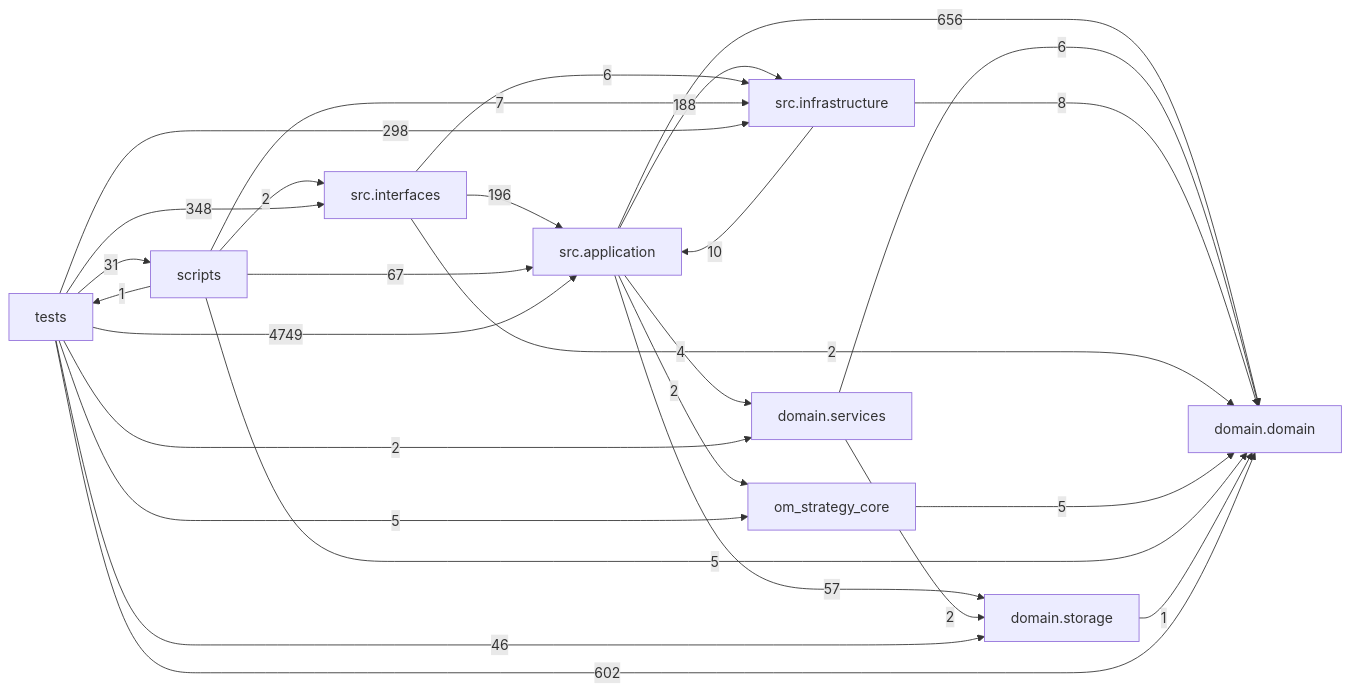
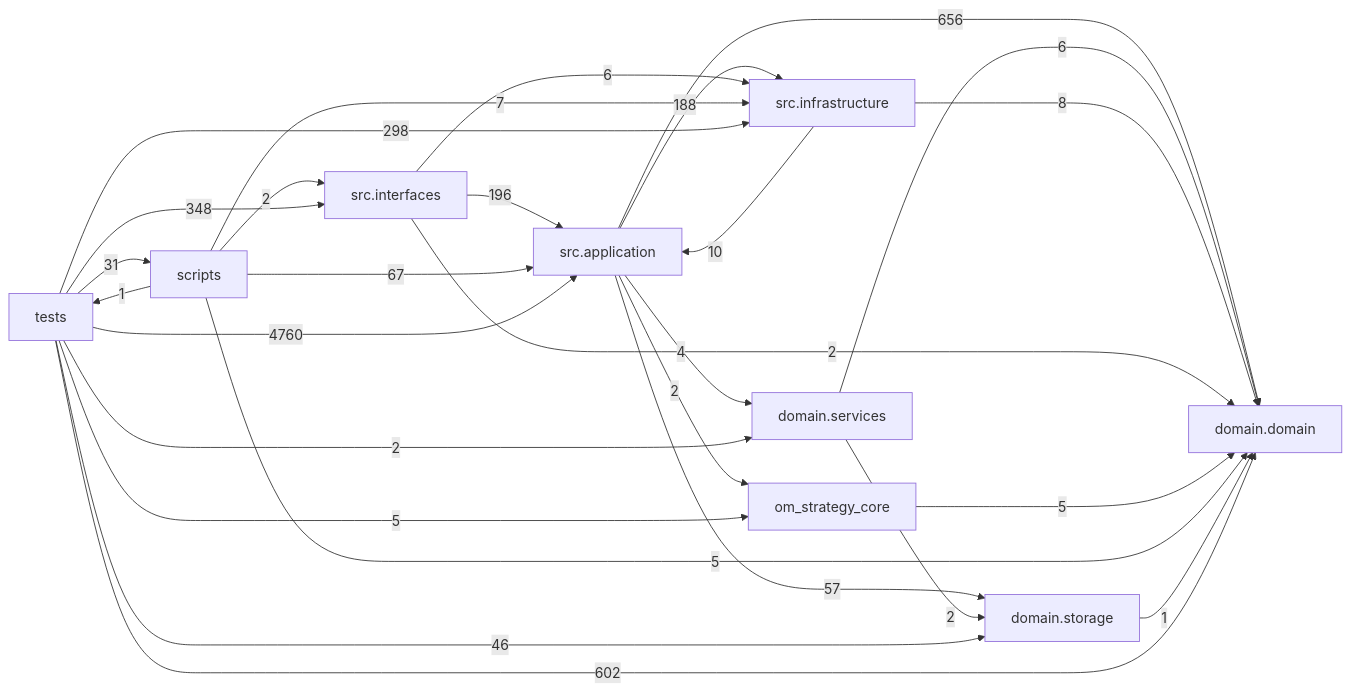
One commit to liuxie066/options-monitor changed the diagram in docs/DEPENDENCY_GRAPH.md. Above: the diagram before and after it, drawn with Mermaid. The commit also changed other lines of this file and 3 other files, not shown here.

````diff
--- a/docs/DEPENDENCY_GRAPH.md
+++ b/docs/DEPENDENCY_GRAPH.md
@@ -24,38 +24,38 @@
 ```mermaid
 flowchart LR
   tests["tests"]
   scripts["scripts"]
   interfaces["src.interfaces"]
   application["src.application"]
   infrastructure["src.infrastructure"]
   domain_services["domain.services"]
   domain["domain.domain"]
   storage["domain.storage"]
   application -->|656| domain
   application -->|4| domain_services
   application -->|188| infrastructure
   application -->|2| om_strategy_core
   application -->|57| storage
   domain_services -->|6| domain
   domain_services -->|2| storage
   infrastructure -->|10| application
   infrastructure -->|8| domain
   interfaces -->|196| application
   interfaces -->|2| domain
   interfaces -->|6| infrastructure
   om_strategy_core -->|5| domain
   scripts -->|67| application
   scripts -->|5| domain
   scripts -->|7| infrastructure
   scripts -->|2| interfaces
   scripts -->|1| tests
   storage -->|1| domain
-  tests -->|4749| application
+  tests -->|4760| application
   tests -->|602| domain
   tests -->|2| domain_services
   tests -->|298| infrastructure
   tests -->|348| interfaces
   tests -->|5| om_strategy_core
   tests -->|31| scripts
   tests -->|46| storage
 ```
````
